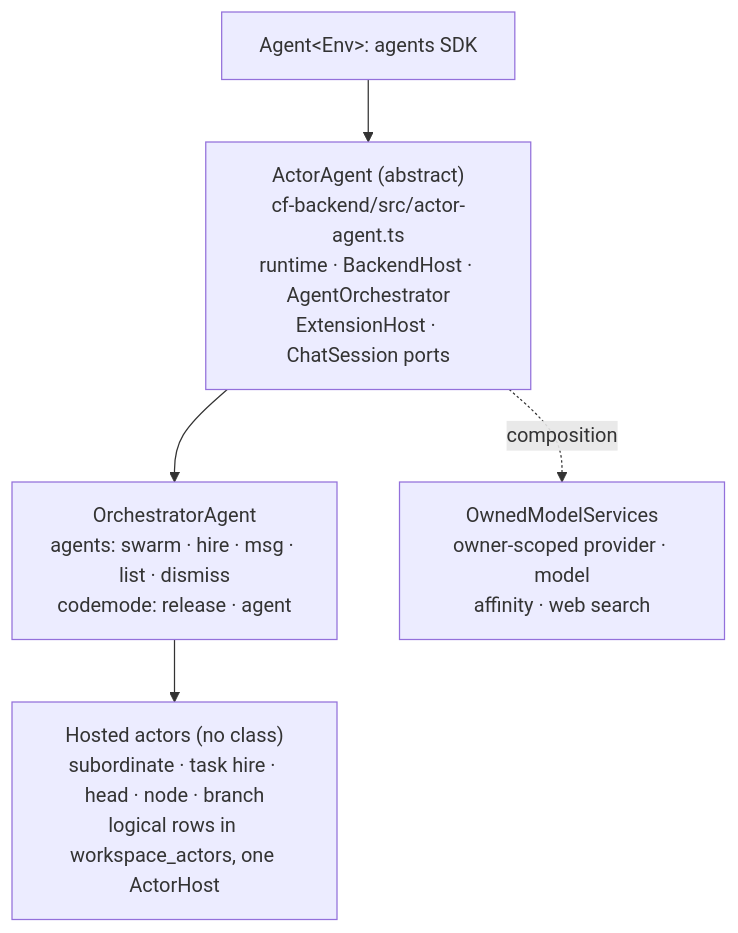
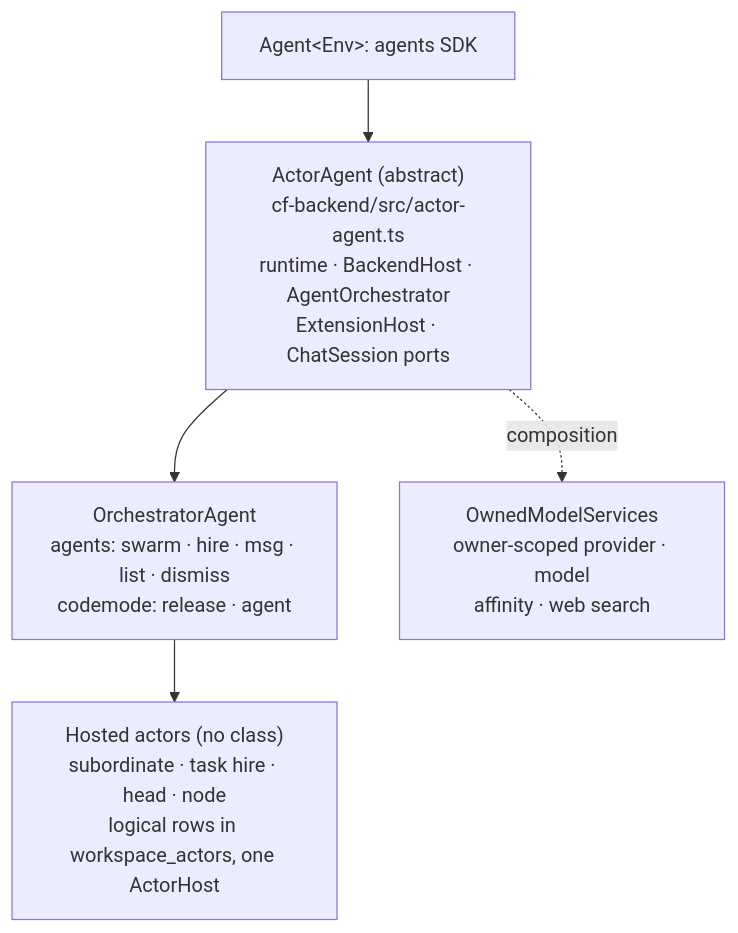
The second of 5 diagrams in docs/ARCHITECTURE.md (AshishKumar4/kinu), drawn with Mermaid before and after one commit. The commit also changed other lines of this file and 13 other files, not shown here.

First line of the commit message:
docs: storage, architecture, testing and Lean describe the tree the fold left

````diff
--- a/docs/ARCHITECTURE.md
+++ b/docs/ARCHITECTURE.md
@@ -71,13 +71,13 @@
 ```mermaid
 graph TB
     A["Agent&lt;Env&gt;: agents SDK"]
     AA["ActorAgent (abstract)<br/>cf-backend/src/actor-agent.ts<br/>runtime · BackendHost · AgentOrchestrator<br/>ExtensionHost · ChatSession ports"]
     O["OrchestratorAgent<br/>agents: swarm · hire · msg · list · dismiss<br/>codemode: release · agent"]
-    H["Hosted actors (no class)<br/>subordinate · task hire · head · node · branch<br/>logical rows in workspace_actors, one ActorHost"]
+    H["Hosted actors (no class)<br/>subordinate · task hire · head · node<br/>logical rows in workspace_actors, one ActorHost"]
     OMS["OwnedModelServices<br/>owner-scoped provider · model<br/>affinity · web search"]
 
     A --> AA
     AA --> O
     O --> H
     AA -.->|composition| OMS
 ```
````
